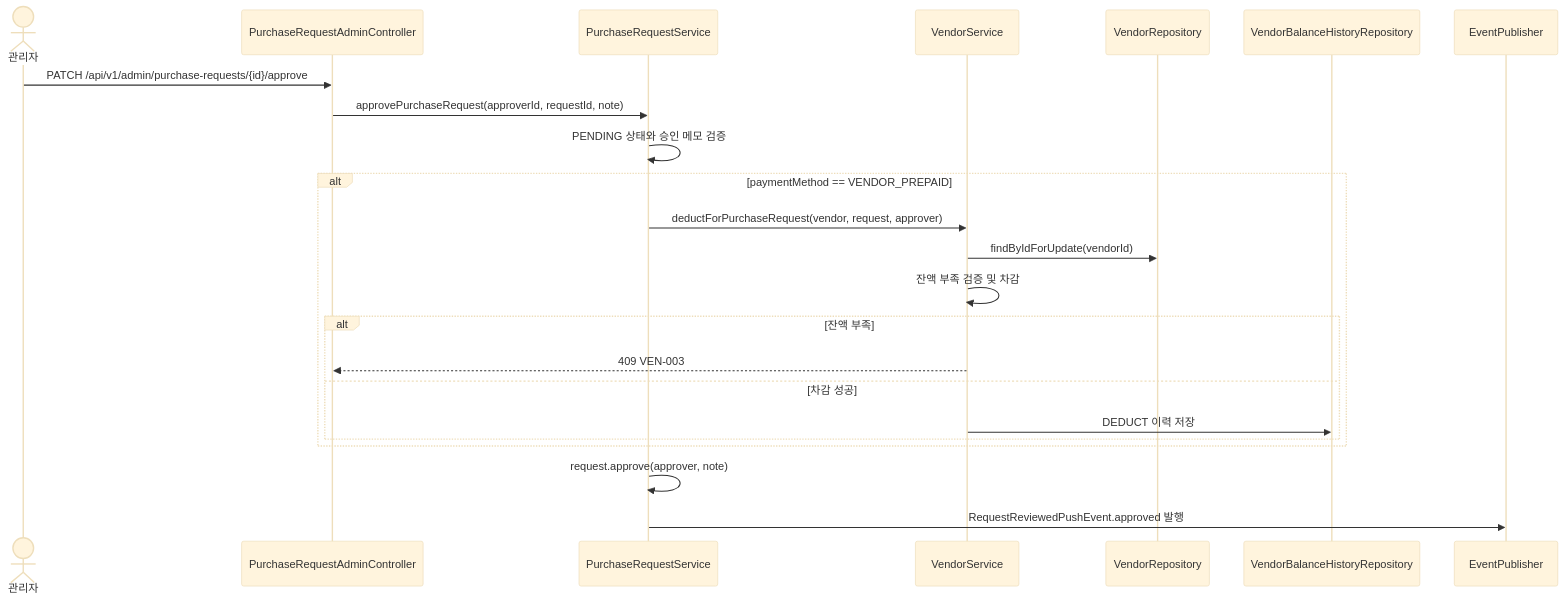
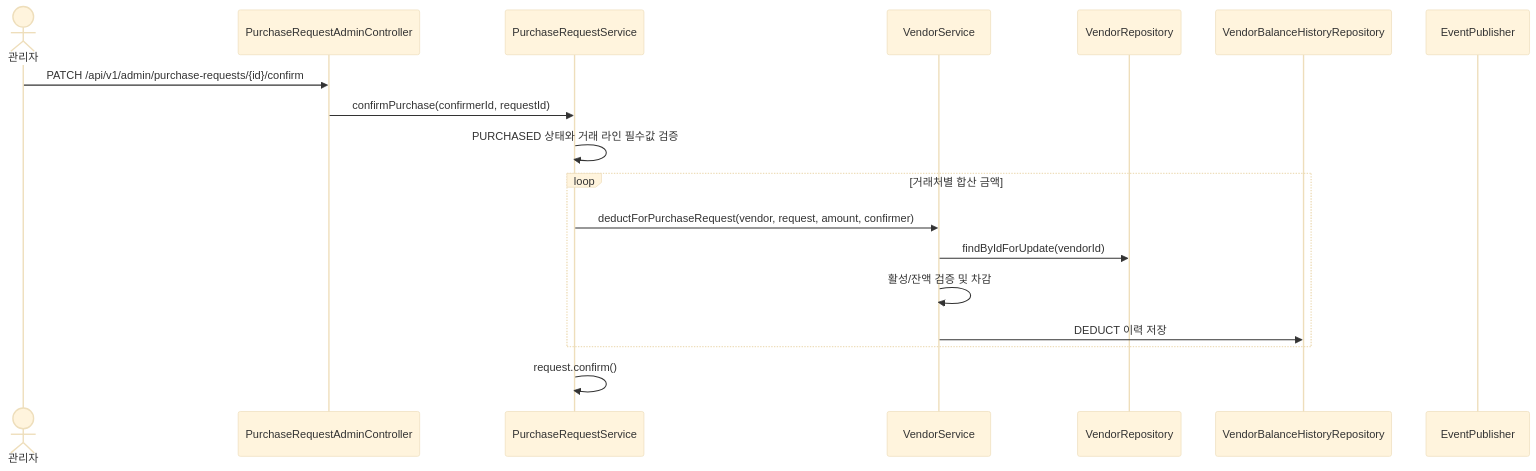
One commit to Geumjeongyahak/Backend changed the first of 3 diagrams in docs/api/PurchaseRequests.md. Above: the diagram before and after it, drawn with Mermaid (base theme). The commit also changed other lines of this file and 1 other file, not shown here.

Commit message:
docs(request): 구매 완료 거래 결재 차감 흐름 문서화

````diff
--- a/docs/api/PurchaseRequests.md
+++ b/docs/api/PurchaseRequests.md
@@ -61,26 +60,21 @@
 ```mermaid
 sequenceDiagram
     actor Admin as 관리자
     participant API as PurchaseRequestAdminController
     participant PR as PurchaseRequestService
     participant VendorSvc as VendorService
     participant VendorRepo as VendorRepository
     participant HistoryRepo as VendorBalanceHistoryRepository
     participant Push as EventPublisher
 
-    Admin->>API: PATCH /api/v1/admin/purchase-requests/{id}/approve
-    API->>PR: approvePurchaseRequest(approverId, requestId, note)
-    PR->>PR: PENDING 상태와 승인 메모 검증
-    alt paymentMethod == VENDOR_PREPAID
-        PR->>VendorSvc: deductForPurchaseRequest(vendor, request, approver)
+    Admin->>API: PATCH /api/v1/admin/purchase-requests/{id}/confirm
+    API->>PR: confirmPurchase(confirmerId, requestId)
+    PR->>PR: PURCHASED 상태와 거래 라인 필수값 검증
+    loop 거래처별 합산 금액
+        PR->>VendorSvc: deductForPurchaseRequest(vendor, request, amount, confirmer)
         VendorSvc->>VendorRepo: findByIdForUpdate(vendorId)
-        VendorSvc->>VendorSvc: 잔액 부족 검증 및 차감
-        alt 잔액 부족
-            VendorSvc-->>API: 409 VEN-003
-        else 차감 성공
-            VendorSvc->>HistoryRepo: DEDUCT 이력 저장
-        end
+        VendorSvc->>VendorSvc: 활성/잔액 검증 및 차감
+        VendorSvc->>HistoryRepo: DEDUCT 이력 저장
     end
-    PR->>PR: request.approve(approver, note)
-    PR->>Push: RequestReviewedPushEvent.approved 발행
+    PR->>PR: request.confirm()
 ```
````
